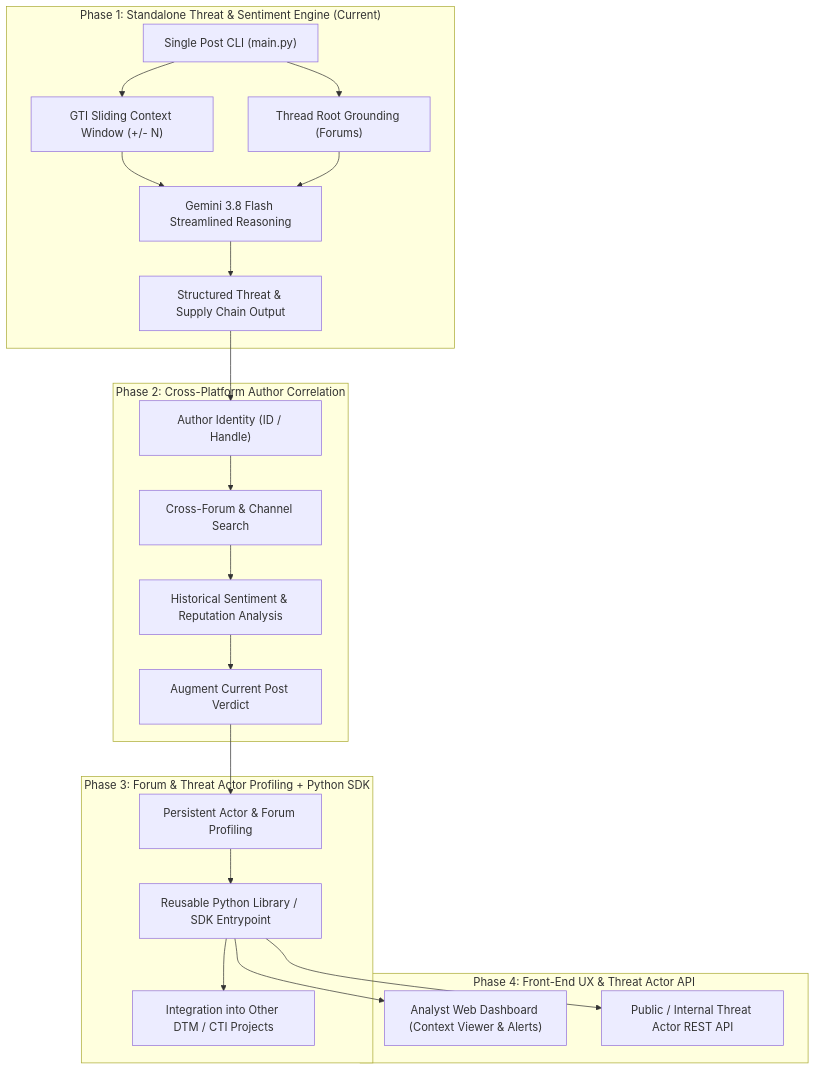
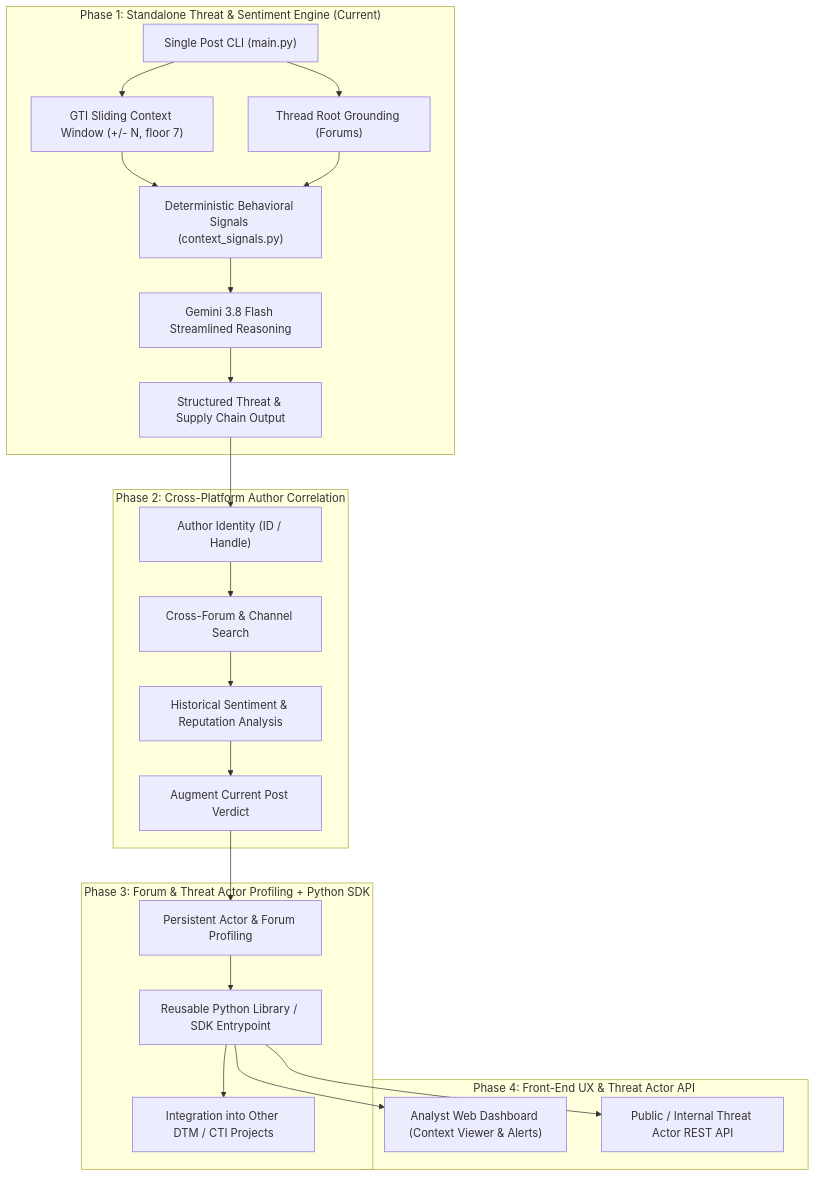
One commit to repulsivityy/VirusTotal changed the diagram in Python_Scripts/DTM/ddw_sentiment_analysis/PRD.md. Above: the diagram before and after it, drawn with Mermaid. The commit also changed other lines of this file and 2 other files, not shown here.

First line of the commit message:
docs(ddw): align WEP matrix, public API thread root, and behavioral commentary docs

````diff
--- a/Python_Scripts/DTM/ddw_sentiment_analysis/PRD.md
+++ b/Python_Scripts/DTM/ddw_sentiment_analysis/PRD.md
@@ -38,29 +38,30 @@
 ```mermaid
 graph TD
     subgraph "Phase 1: Standalone Threat & Sentiment Engine (Current)"
-        P1_A["Single Post CLI (main.py)"] --> P1_B["GTI Sliding Context Window (+/- N)"]
+        P1_A["Single Post CLI (main.py)"] --> P1_B["GTI Sliding Context Window (+/- N, floor 7)"]
         P1_A --> P1_C["Thread Root Grounding (Forums)"]
-        P1_B & P1_C --> P1_D["Gemini 3.8 Flash Streamlined Reasoning"]
+        P1_B & P1_C --> P1_S["Deterministic Behavioral Signals (context_signals.py)"]
+        P1_S --> P1_D["Gemini 3.8 Flash Streamlined Reasoning"]
         P1_D --> P1_E["Structured Threat & Supply Chain Output"]
     end
 
     subgraph "Phase 2: Cross-Platform Author Correlation"
         P2_A["Author Identity (ID / Handle)"] --> P2_B["Cross-Forum & Channel Search"]
         P2_B --> P2_C["Historical Sentiment & Reputation Analysis"]
         P2_C --> P2_D["Augment Current Post Verdict"]
     end
 
     subgraph "Phase 3: Forum & Threat Actor Profiling + Python SDK"
         P3_A["Persistent Actor & Forum Profiling"] --> P3_B["Reusable Python Library / SDK Entrypoint"]
         P3_B --> P3_C["Integration into Other DTM / CTI Projects"]
     end
 
     subgraph "Phase 4: Front-End UX & Threat Actor API"
         P4_A["Analyst Web Dashboard (Context Viewer & Alerts)"]
         P4_B["Public / Internal Threat Actor REST API"]
     end
 
     P1_E --> P2_A
     P2_D --> P3_A
     P3_B --> P4_A & P4_B
 ```
````
